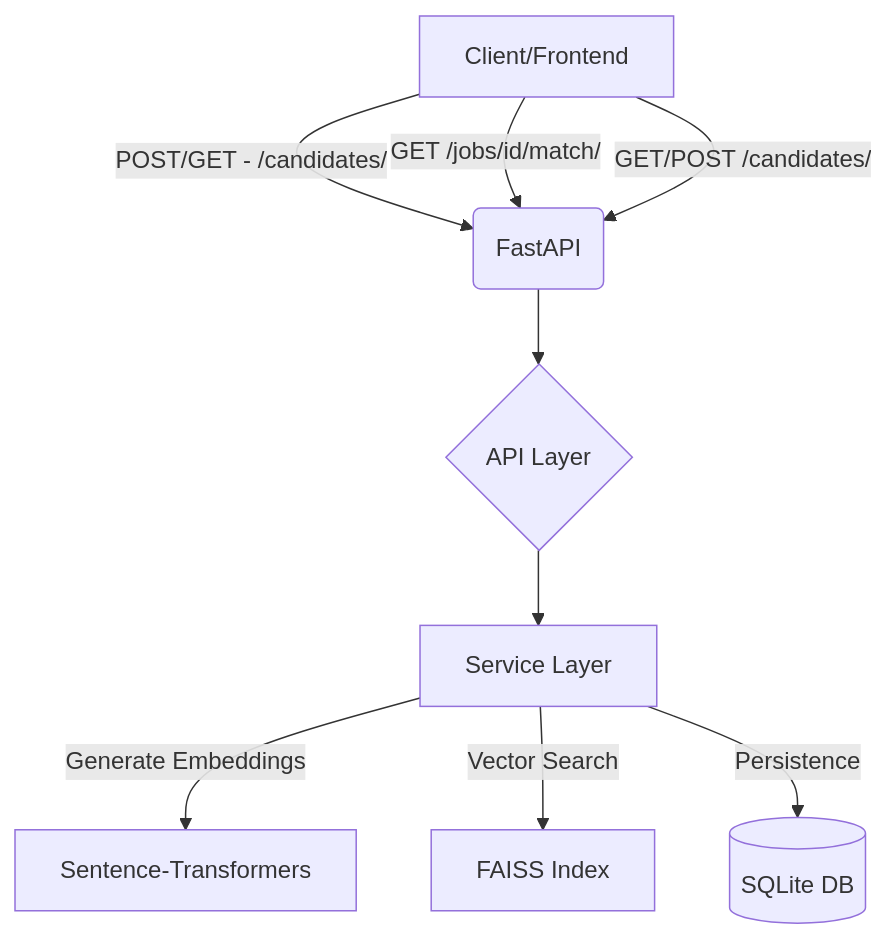
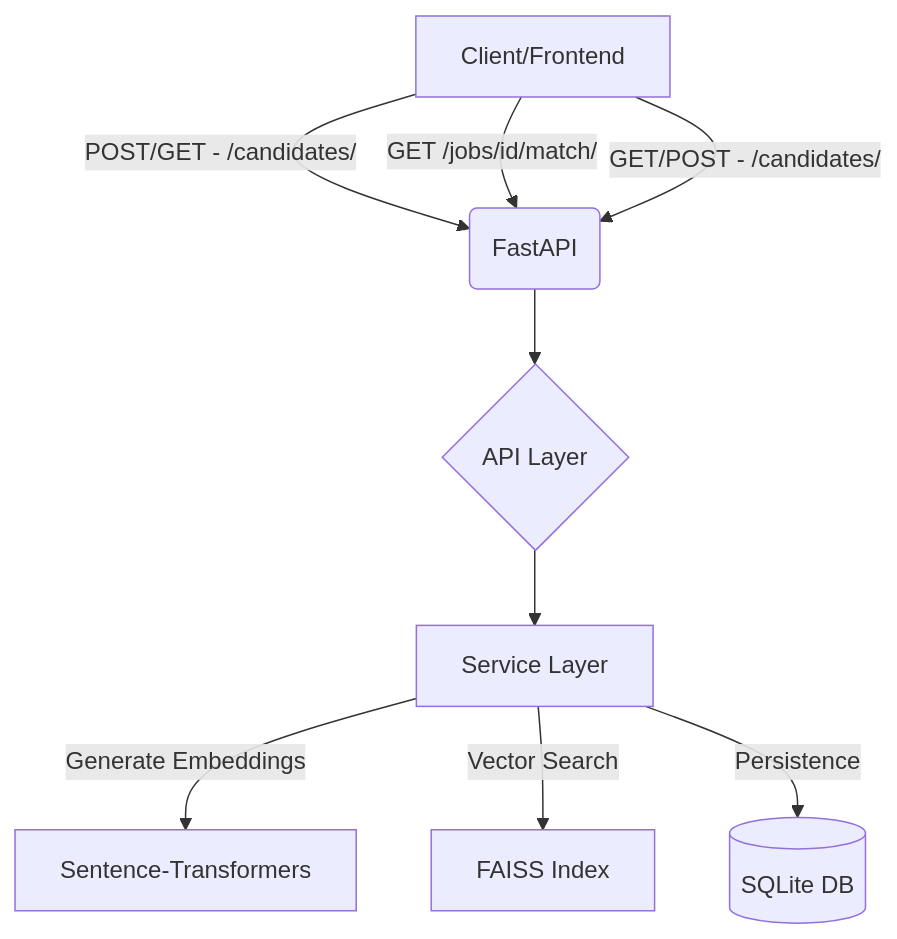
One commit to WaliKhan09/Candidate-Job-Matching-Engine changed the diagram in README.md. Above: the diagram before and after it, drawn with Mermaid.

````diff
--- a/README.md
+++ b/README.md
@@ -42,11 +42,11 @@
 ```mermaid
 graph TD
     A[Client/Frontend] -->|POST/GET - /candidates/| B(FastAPI)
     A -->|GET /jobs/id/match/| B
-    A -->|GET/POST /candidates/| B
+    A -->|GET/POST - /candidates/| B
     B --> C{API Layer}
     C --> D[Service Layer]
     D -->|Generate Embeddings| E[Sentence-Transformers]
     D -->|Vector Search| F[FAISS Index]
     D -->|Persistence| G[(SQLite DB)]
 ```
````
